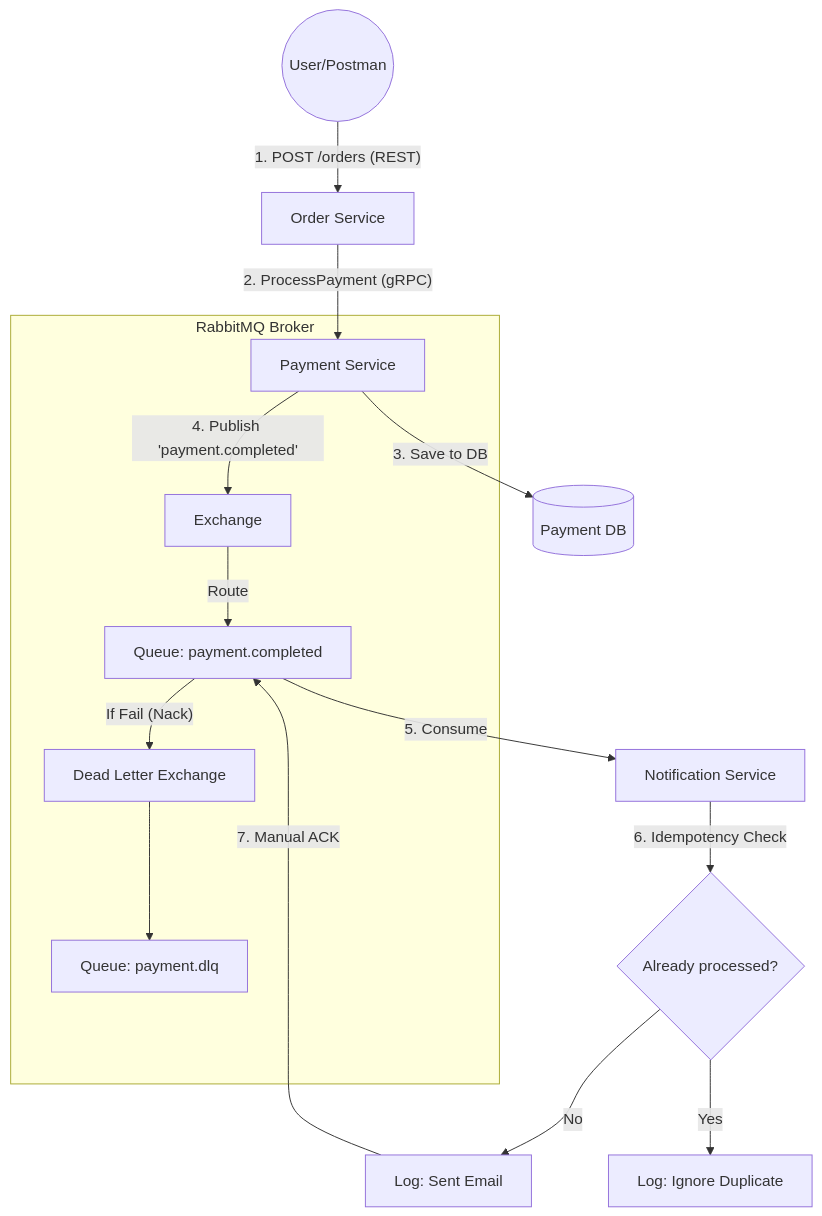
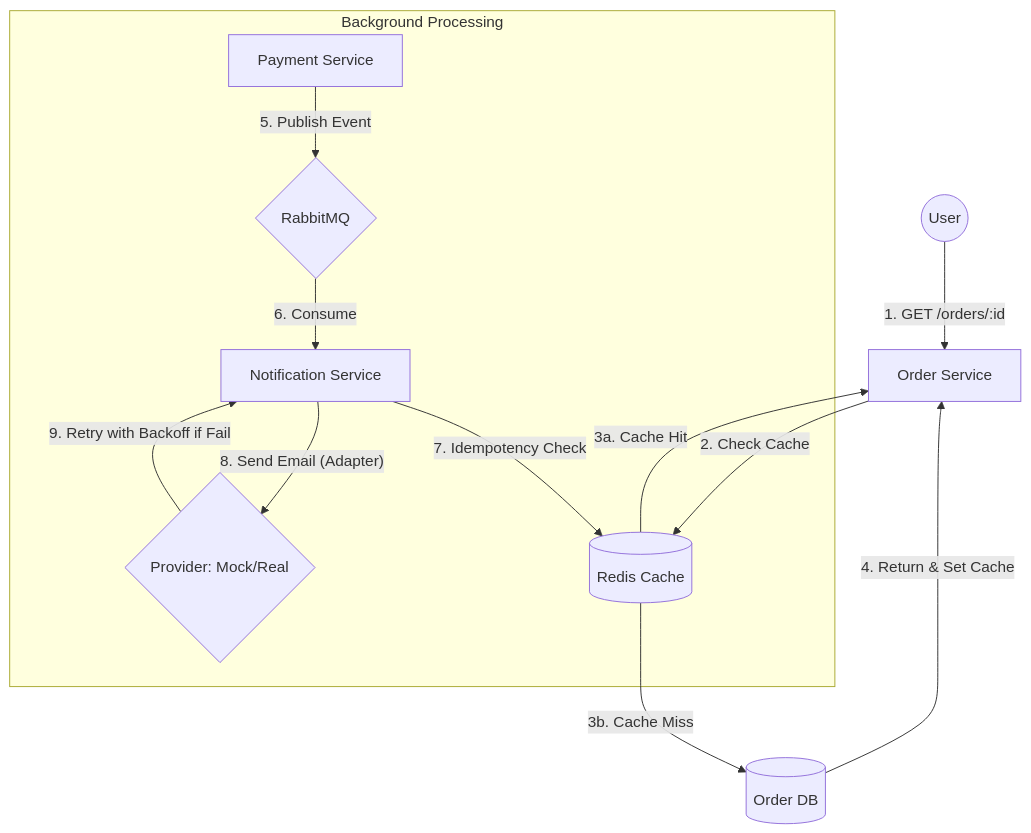
The diagram in README.md (medinanurbek/AP2_assignment3), drawn with Mermaid before and after one commit. The commit also changed other lines of this file and 15 other files, not shown here.

````diff
--- a/README.md
+++ b/README.md
@@ -14,19 +40,16 @@
 ```mermaid
 graph TD
-    User((User/Postman)) -- "1. POST /orders (REST)" --> OS[Order Service]
-    OS -- "2. ProcessPayment (gRPC)" --> PS[Payment Service]
-    PS -- "3. Save to DB" --> PDB[(Payment DB)]
-    
-    subgraph RabbitMQ Broker
-        PS -- "4. Publish 'payment.completed'" --> EX[Exchange]
-        EX -- "Route" --> Q[Queue: payment.completed]
-        Q -- "If Fail (Nack)" --> DLX[Dead Letter Exchange]
-        DLX --> DLQ[Queue: payment.dlq]
+    User((User)) -- "1. GET /orders/:id" --> OS[Order Service]
+    OS -- "2. Check Cache" --> Redis[(Redis Cache)]
+    Redis -- "3a. Cache Hit" --> OS
+    Redis -- "3b. Cache Miss" --> PDB[(Order DB)]
+    PDB -- "4. Return & Set Cache" --> OS
+
+    subgraph "Background Processing"
+        PS[Payment Service] -- "5. Publish Event" --> RMQ{RabbitMQ}
+        RMQ -- "6. Consume" --> NS[Notification Service]
+        NS -- "7. Idempotency Check" --> Redis
+        NS -- "8. Send Email (Adapter)" --> Provider{Provider: Mock/Real}
+        Provider -- "9. Retry with Backoff if Fail" --> NS
     end
-    
-    Q -- "5. Consume" --> NS[Notification Service]
-    NS -- "6. Idempotency Check" --> Cache{Already processed?}
-    Cache -- "No" --> Log[Log: Sent Email]
-    Cache -- "Yes" --> Ignore[Log: Ignore Duplicate]
-    Log -- "7. Manual ACK" --> Q
 ```
````
